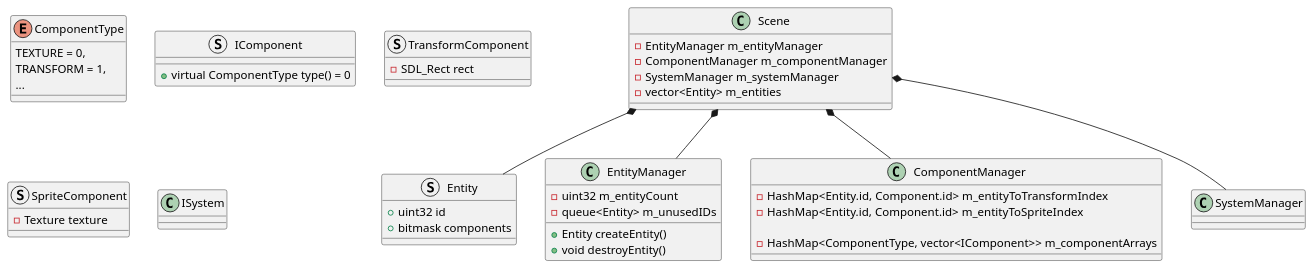
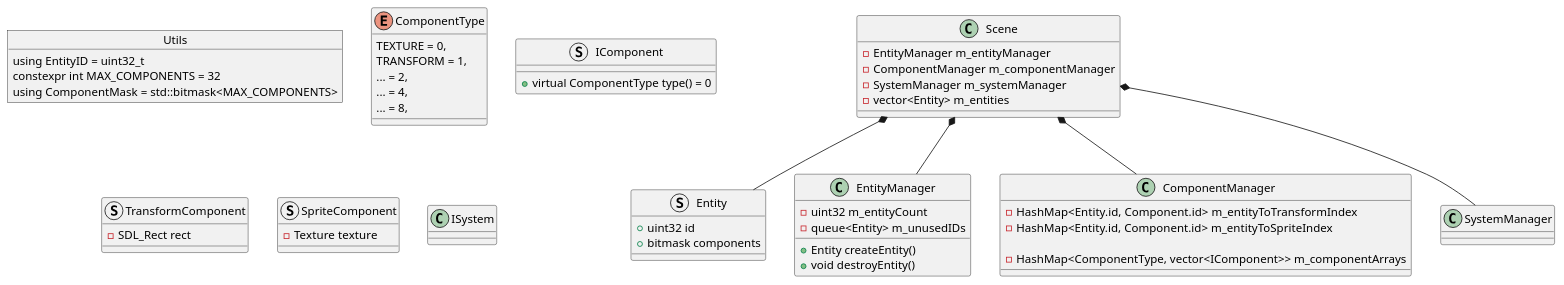
Before and after one commit to sleeepyskies/sle: the diagram in docs/diagrams/ECS.puml, drawn with PlantUML. The commit also changed 3 other files, not shown here.

```diff
--- a/docs/diagrams/ECS.puml
+++ b/docs/diagrams/ECS.puml
@@ -1,81 +1,91 @@
 @startuml
 'https://plantuml.com/class-diagram
+
+' ----------------------- ECS TYPES ------------------
+
+object Utils {
+    using EntityID = uint32_t
+    constexpr int MAX_COMPONENTS = 32
+    using ComponentMask = std::bitmask<MAX_COMPONENTS>
+}
 
 ' ----------------------- SCENE ----------------------
 
 class Scene {
     - EntityManager m_entityManager
     - ComponentManager m_componentManager
     - SystemManager m_systemManager
     - vector<Entity> m_entities
 }
 
 
 ' ----------------------- ENTITY ---------------------
 
 ' An entity is just an id with some components associated with it
 struct Entity {
     + uint32 id
     + bitmask components
 }
 
 
 ' Entity Manager should keep track of valid Entity IDs, and be able to create new
 ' Entity instances.
 class EntityManager {
     - uint32 m_entityCount
     - queue<Entity> m_unusedIDs
 
     + Entity createEntity()
     + void destroyEntity()
 }
 
 ' ----------------------- COMPONENT ------------------
 
 enum ComponentType {
     TEXTURE = 0,
     TRANSFORM = 1,
-    ...
+    ... = 2,
+    ... = 4,
+    ... = 8,
 }
 
 ' A component is just a struct of some functionally related data
 struct IComponent {
     + virtual ComponentType type() = 0
 }
 
 ' Just some examples, there will be ofc way more
 struct TransformComponent {
     - SDL_Rect rect
 }
 
 struct SpriteComponent {
     - Texture texture
 }
 
 class ComponentManager {
     - HashMap<Entity.id, Component.id> m_entityToTransformIndex
     - HashMap<Entity.id, Component.id> m_entityToSpriteIndex
 
     - HashMap<ComponentType, vector<IComponent>> m_componentArrays
 }
 
 ' ----------------------- SYSTEM --------------------
 
 ' A system is some piece of logic, that applies to each entity each tick, so long as it
 ' has a specific combination of components associated with it.
 class ISystem
 
 class SystemManager {
 
 }
 
 ' ----------------------- RELATIONS -----------------
 
 Scene *-- Entity
 Scene *-- EntityManager
 Scene *-- ComponentManager
 Scene *-- SystemManager
 
 
 
 @enduml
```
